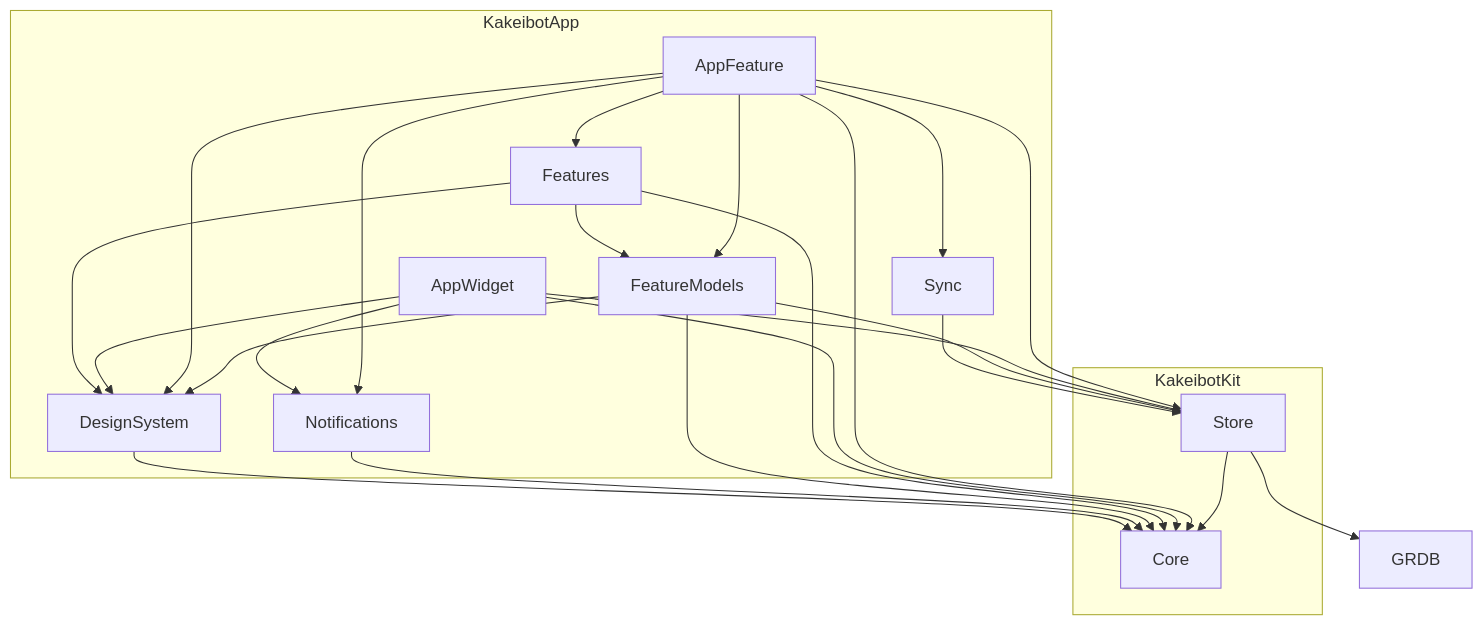
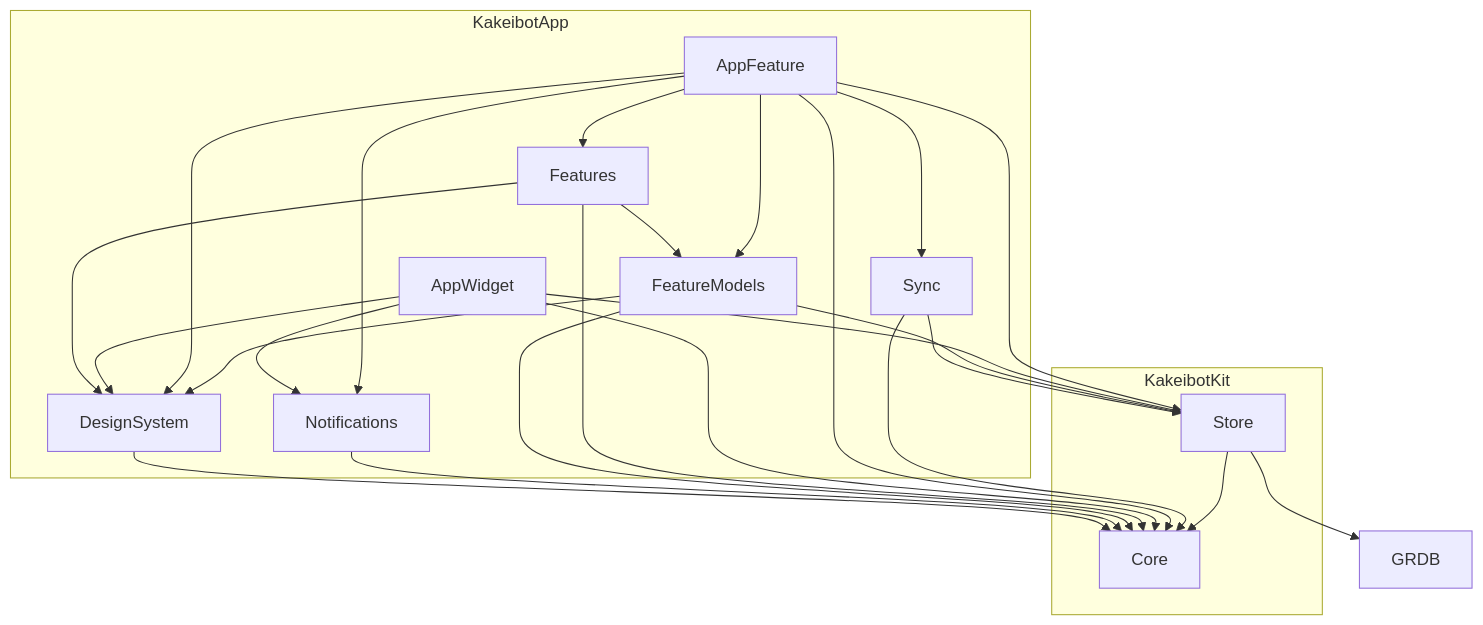
The diagram in docs/architecture-packages.md (yossibank/kakeibot), drawn with Mermaid before and after one commit.

Commit message:
docs: add the sync dependency on core to the package graph

````diff
--- a/docs/architecture-packages.md
+++ b/docs/architecture-packages.md
@@ -25,29 +25,30 @@
 ```mermaid
 flowchart TD
     subgraph app["KakeibotApp"]
         AppFeature --> Features
         AppFeature --> FeatureModels
         Features --> FeatureModels
         FeatureModels --> DesignSystem
         AppFeature --> Notifications
         AppFeature --> Sync
         AppFeature --> DesignSystem
         AppWidget --> Notifications
         AppWidget --> DesignSystem
         Features --> DesignSystem
     end
     subgraph kit["KakeibotKit"]
         Store --> Core
     end
     AppFeature --> Store
     AppWidget --> Store
     FeatureModels --> Store
     Sync --> Store
+    Sync --> Core
     AppFeature --> Core
     AppWidget --> Core
     Features --> Core
     FeatureModels --> Core
     Notifications --> Core
     DesignSystem --> Core
     Store --> GRDB
 ```
````
